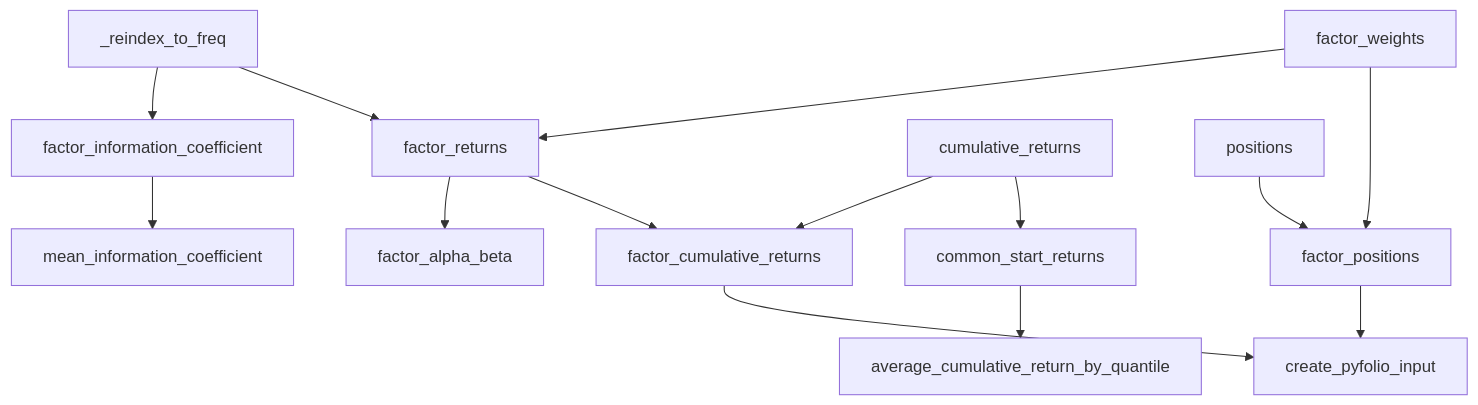
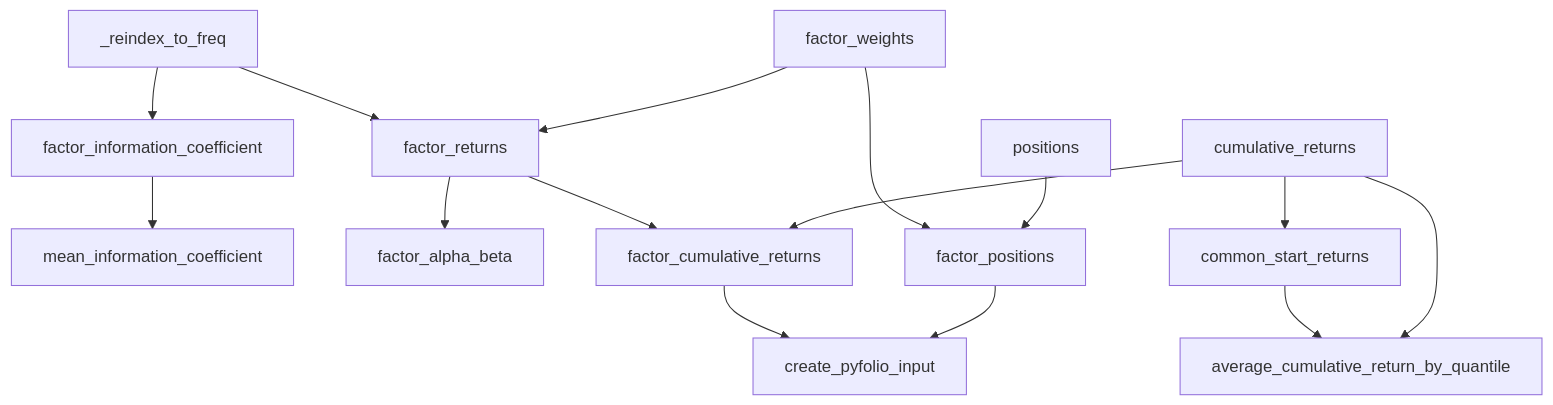
One commit to quantsummaries/alphalens-reloaded changed the diagram in docs/performance.md. Above: the diagram before and after it, drawn with Mermaid. The commit also changed other lines of this file and 10 other files, not shown here.

````diff
--- a/docs/performance.md
+++ b/docs/performance.md
@@ -20,16 +20,17 @@
 ```mermaid
 flowchart TD
     Freq["_reindex_to_freq"] --> IC["factor_information_coefficient"]
     IC --> MeanIC["mean_information_coefficient"]
     Freq --> Ret["factor_returns"]
     Weights["factor_weights"] --> Ret
     Ret --> AB["factor_alpha_beta"]
     Ret --> Cum["factor_cumulative_returns"]
     Compound["cumulative_returns"] --> Cum
     Compound --> Events["common_start_returns"]
     Events --> AvgEvents["average_cumulative_return_by_quantile"]
+    Compound --> AvgEvents
     Weights --> Holdings["factor_positions"]
     Pos["positions"] --> Holdings
     Cum --> Pyfolio["create_pyfolio_input"]
     Holdings --> Pyfolio
 ```
````
